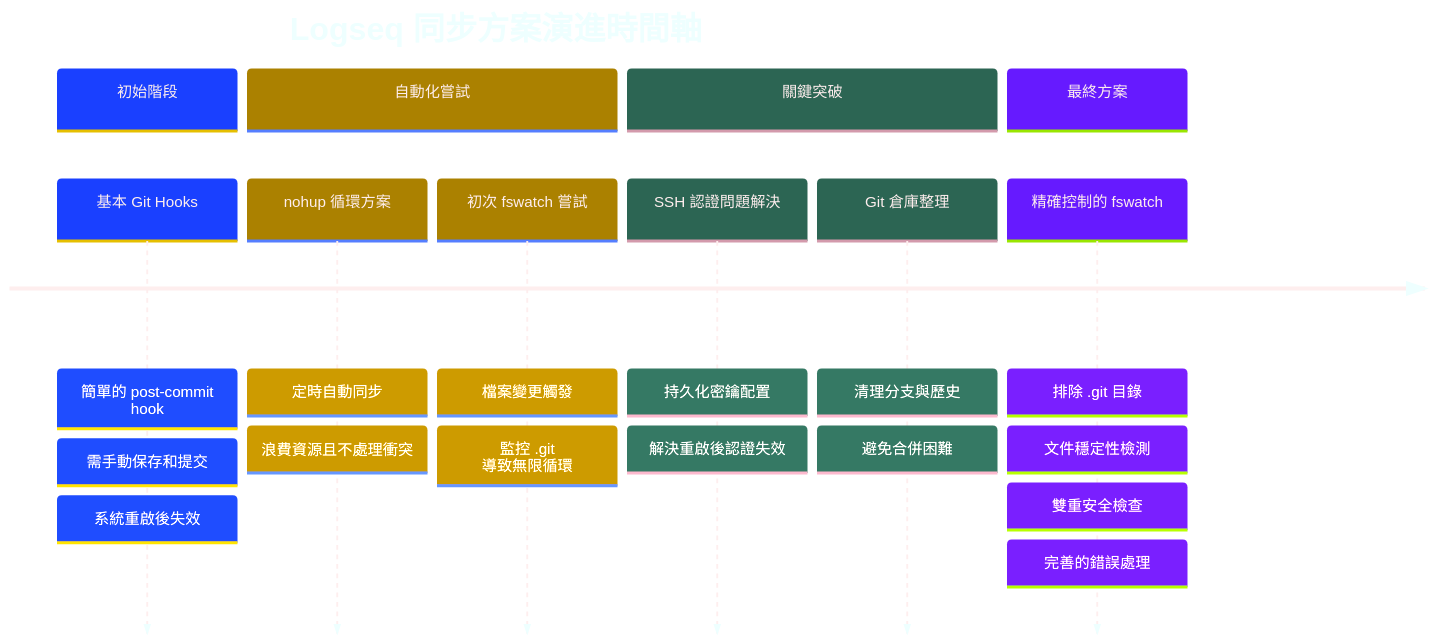
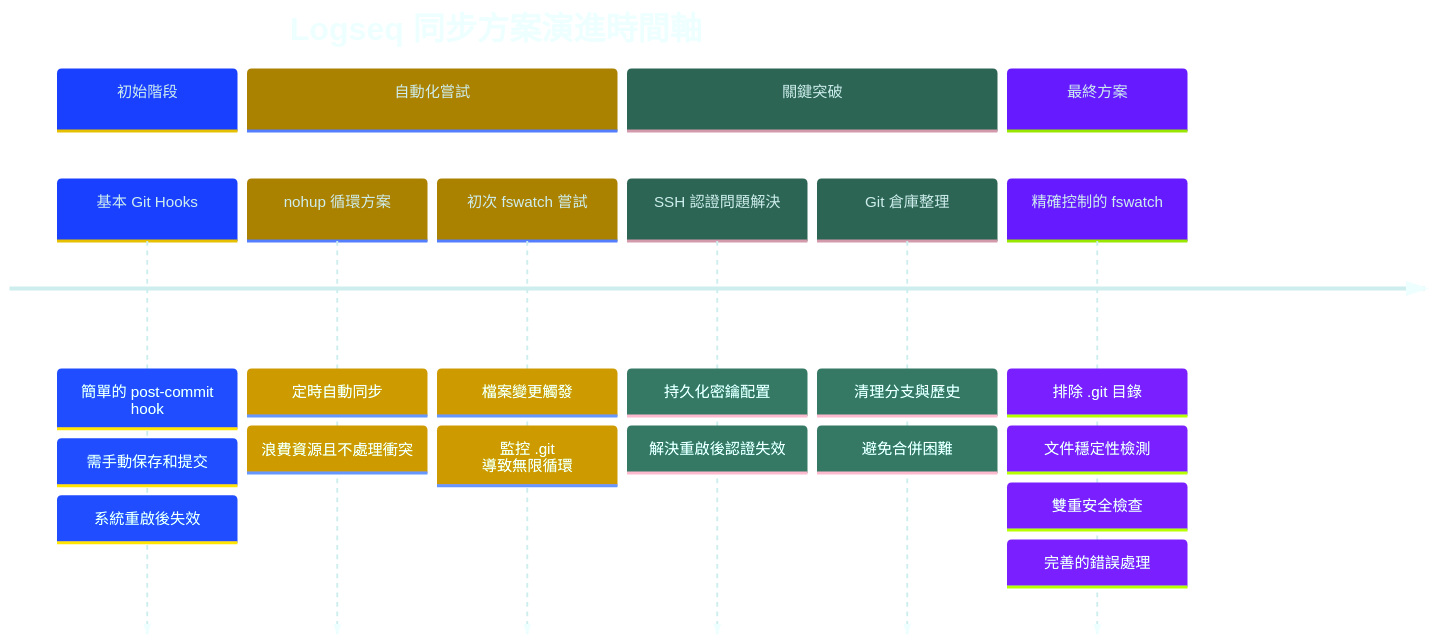
The first of 2 diagrams in Logseq同步方案演進記錄.md (GengGeng026/Sync-Logseq), drawn with Mermaid before and after one commit.

Commit message:
Auto-sync: Wed Mar 26 09:22:22 +08 2025

````diff
--- a/Logseq同步方案演進記錄.md
+++ b/Logseq同步方案演進記錄.md
@@ -24,44 +24,44 @@
 ```mermaid
 %%{init: {
   'theme': 'base', 
   'themeVariables': {
     'primaryColor': '#99AAFF',
     'secondaryColor': '#FFCB2B',
     'tertiaryColor': '#59B79A',
-    'primaryTextColor': '#FEEEEE',
+    'primaryTextColor': '#CEEEEE',
     'primaryBorderColor': '#59B79A',
     'lineColor': '#C792EA',
     'background': 'transparent',
     'textColor': '#EEFFFF',
     'nodeBorder': '#59B79A',
     'clusterBkg': 'transparent',
     'titleColor': '#EEFFFF',
     'sectionBkgColor': '#273747',
     'sectionBkgColor2': '#334455',
     'sectionBkgColor3': '#3A4A5A',
     'sectionBkgColor4': '#42546A',
     'sectionBkgColor5': '#4B5E78'
   }
 }}%%
 timeline
     title Logseq 同步方案演進時間軸
     section 初始階段
         基本 Git Hooks : 簡單的 post-commit hook
         : 需手動保存和提交
         : 系統重啟後失效
     section 自動化嘗試
         nohup 循環方案 : 定時自動同步
         : 浪費資源且不處理衝突
         初次 fswatch 嘗試 : 檔案變更觸發
         : 監控 .git 導致無限循環
     section 關鍵突破
         SSH 認證問題解決 : 持久化密鑰配置
         : 解決重啟後認證失效
         Git 倉庫整理 : 清理分支與歷史
         : 避免合併困難
     section 最終方案
         精確控制的 fswatch : 排除 .git 目錄
         : 文件穩定性檢測
         : 雙重安全檢查
         : 完善的錯誤處理
 ```
````
